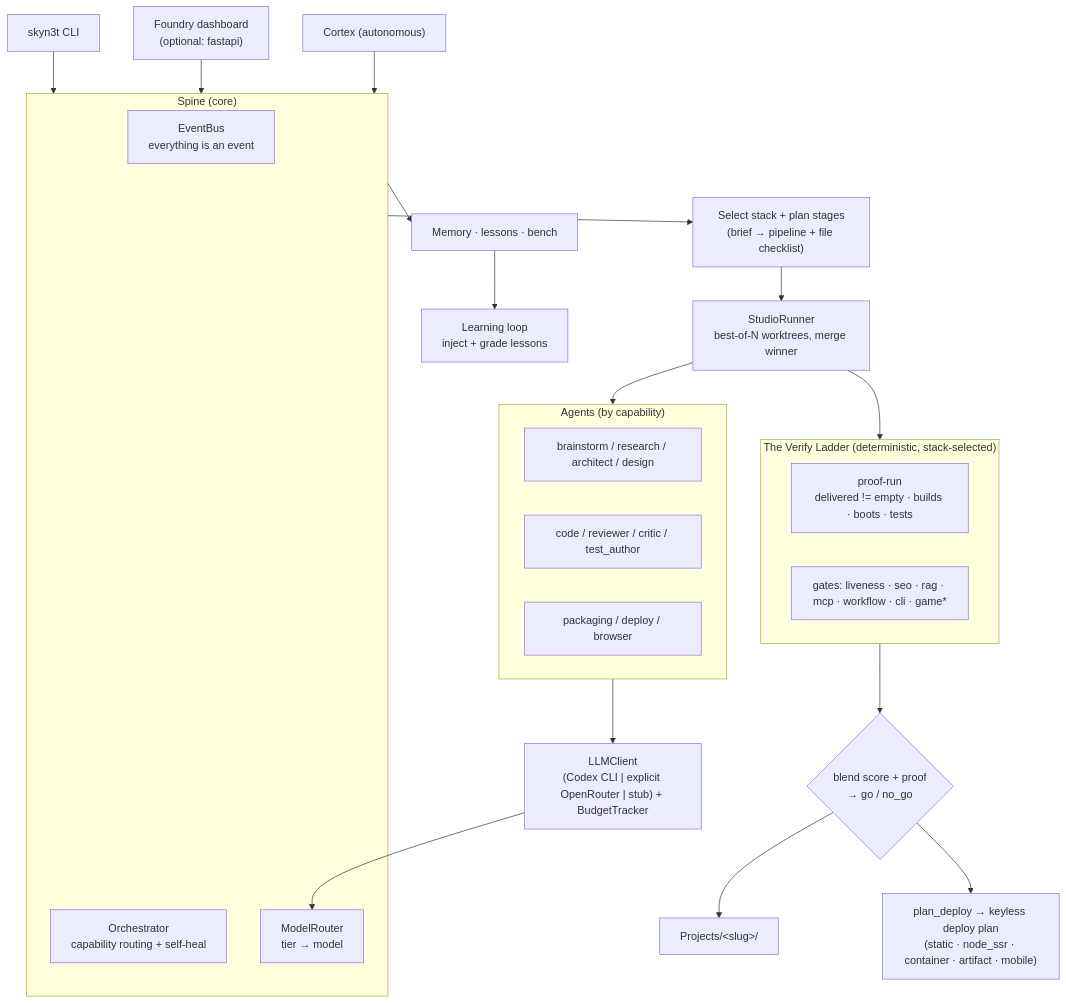
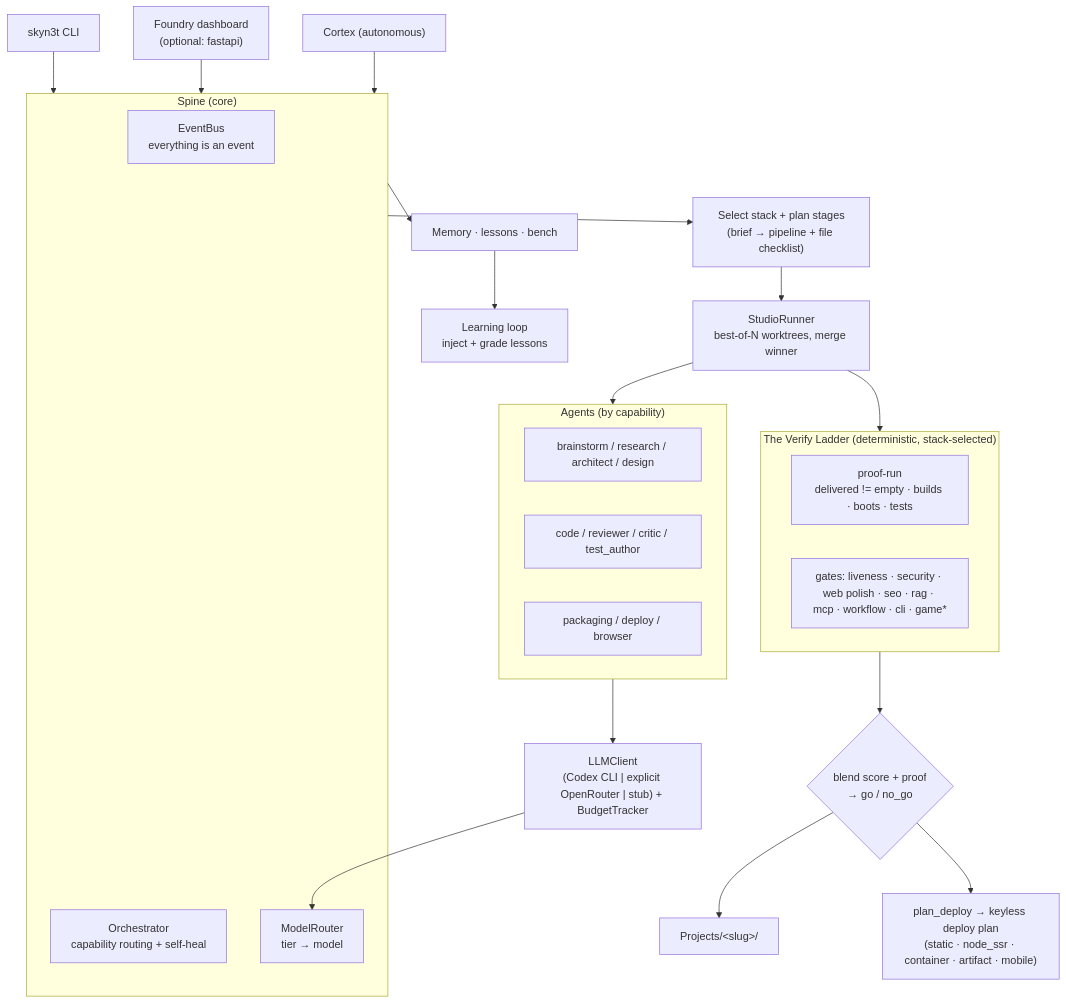
Before and after one commit to Choaterboater/skyn3t-2-0: the diagram in README.md, drawn with Mermaid. The commit also changed other lines of this file, not shown here.

First line of the commit message:
README: list security_check + web_polish in the Verify Ladder enumeration

````diff
--- a/README.md
+++ b/README.md
@@ -174,38 +175,38 @@
 ```mermaid
 flowchart TD
     CLI["skyn3t CLI"] --> SPINE
     WEB["Foundry dashboard<br/>(optional: fastapi)"] --> SPINE
 
     subgraph SPINE["Spine (core)"]
         BUS["EventBus<br/>everything is an event"]
         ORCH["Orchestrator<br/>capability routing + self-heal"]
         ROUTER["ModelRouter<br/>tier → model"]
     end
 
     SPINE --> PLAN["Select stack + plan stages<br/>(brief → pipeline + file checklist)"]
     PLAN --> STUDIO["StudioRunner<br/>best-of-N worktrees, merge winner"]
     STUDIO --> AGENTS
 
     subgraph AGENTS["Agents (by capability)"]
         A1["brainstorm / research / architect / design"]
         A2["code / reviewer / critic / test_author"]
         A3["packaging / deploy / browser"]
     end
 
     STUDIO --> LADDER
 
     subgraph LADDER["The Verify Ladder (deterministic, stack-selected)"]
         P["proof-run<br/>delivered != empty · builds · boots · tests"]
-        G["gates: liveness · seo · rag · mcp · workflow · cli · game*"]
+        G["gates: liveness · security · web polish · seo · rag · mcp · workflow · cli · game*"]
     end
 
     LADDER --> VERDICT{"blend score + proof<br/>→ go / no_go"}
     VERDICT --> DELIVER["Projects/&lt;slug&gt;/"]
     VERDICT --> SHIP["plan_deploy → keyless deploy plan<br/>(static · node_ssr · container · artifact · mobile)"]
 
     AGENTS --> LLM["LLMClient<br/>(Codex CLI | explicit OpenRouter | stub) + BudgetTracker"]
     LLM --> ROUTER
     SPINE --> MEM["Memory · lessons · bench"]
     MEM --> LEARN["Learning loop<br/>inject + grade lessons"]
     CORTEX["Cortex (autonomous)"] --> SPINE
 ```
````
